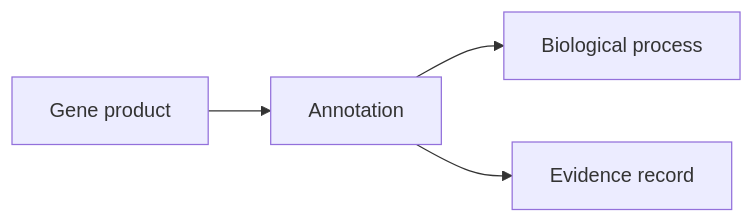
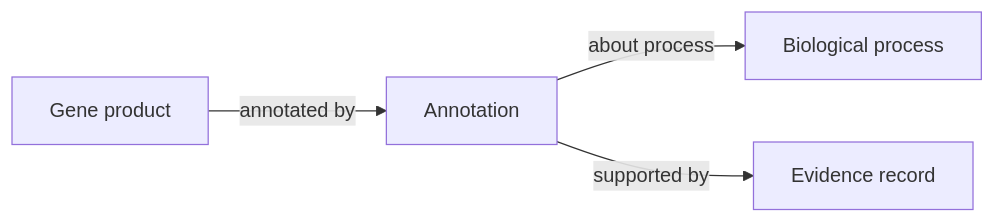
One commit to OsamaMoftah/Ontology-StarterKit changed the diagram in examples/life-science-annotations/model.mmd. Above: the diagram before and after it, drawn with Mermaid. The commit also changed 112 other files, not shown here.

```diff
--- a/examples/life-science-annotations/model.mmd
+++ b/examples/life-science-annotations/model.mmd
@@ -1,4 +1,4 @@
 flowchart LR
-  GeneProduct[Gene product] --> Annotation[Annotation]
-  Annotation --> BiologicalProcess[Biological process]
-  Annotation --> Evidence[Evidence record]
+  GeneProduct[Gene product] -->|annotated by| Annotation[Annotation]
+  Annotation -->|about process| BiologicalProcess[Biological process]
+  Annotation -->|supported by| Evidence[Evidence record]
```
